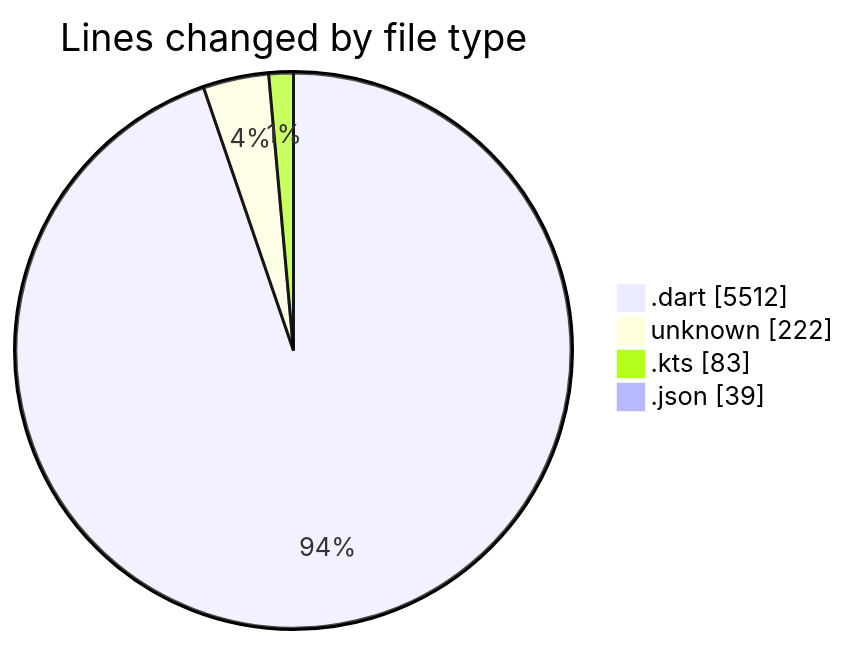
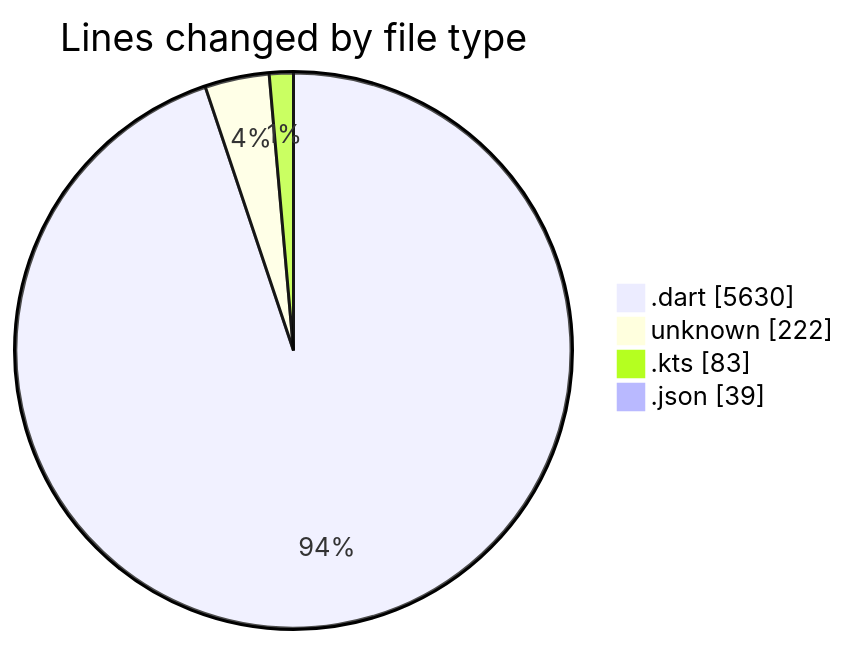
One commit to lephambinh05/code-tracking changed the first of 2 diagrams in 2025-08-05/studybuddy/README.md. Above: the diagram before and after it, drawn with Mermaid. The commit also changed other lines of this file and 1 other file, not shown here.

````diff
--- a/2025-08-05/studybuddy/README.md
+++ b/2025-08-05/studybuddy/README.md
@@ -37,8 +39,8 @@
 ```mermaid
 pie showData
 title Lines changed by file type
-".dart" : 5512
+".dart" : 5630
 "unknown" : 222
 ".kts" : 83
 ".json" : 39
 ```
````
